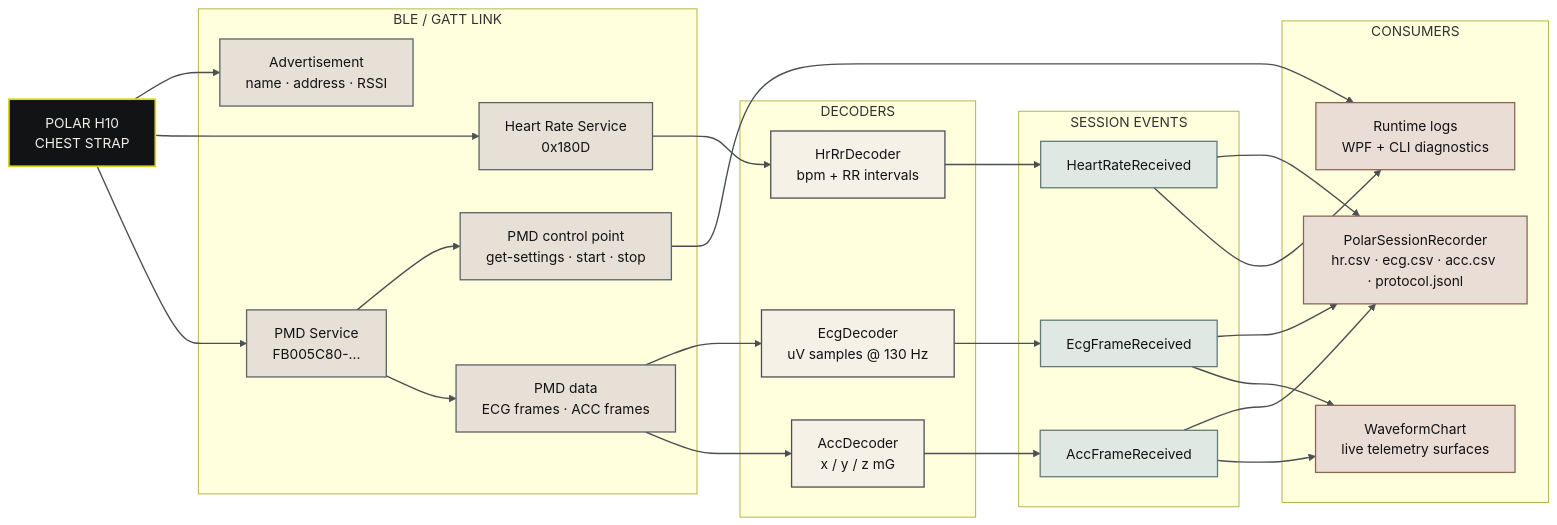
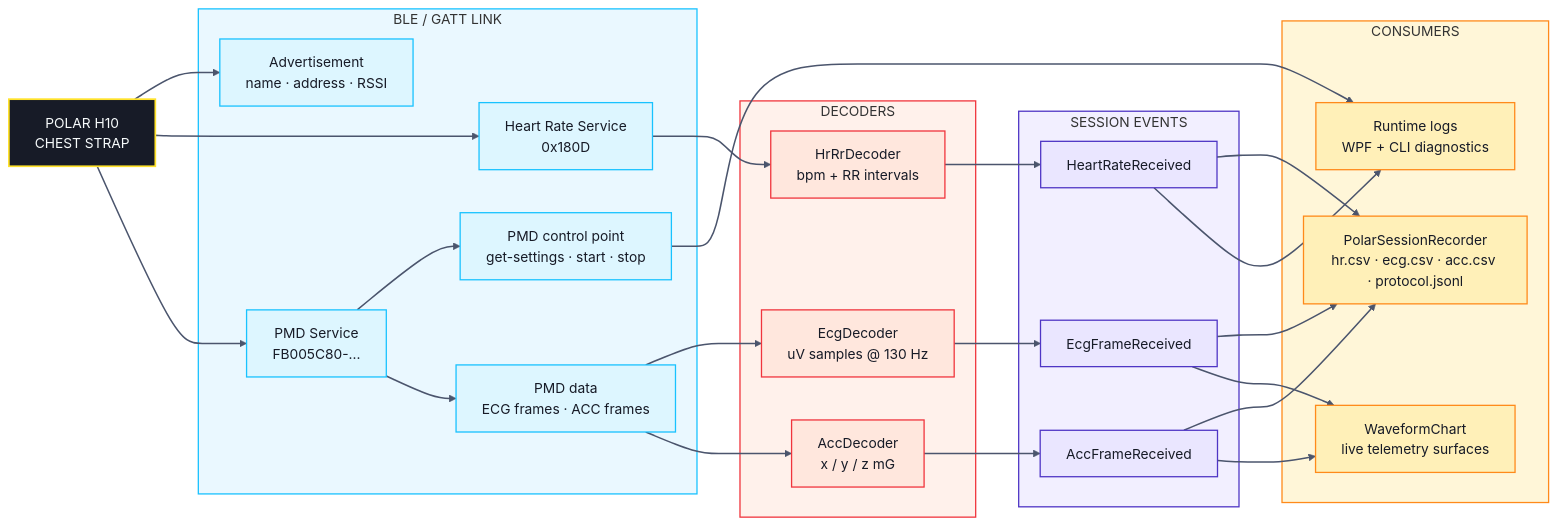
The diagram in docs/diagrams/data-flow.mmd (MesmerPrism/PolarH10), drawn with Mermaid before and after one commit. The commit also changed 15 other files, not shown here.

Commit message:
Reframe site around app and intensify diagram palette

```diff
--- a/docs/diagrams/data-flow.mmd
+++ b/docs/diagrams/data-flow.mmd
@@ -1,60 +1,65 @@
 %% Live data path from the Polar H10 into runtime consumers.
 
 flowchart LR
     H10["POLAR H10<br/>CHEST STRAP"]
 
     subgraph Link["BLE / GATT LINK"]
         ADV["Advertisement<br/>name · address · RSSI"]
         HRS["Heart Rate Service<br/>0x180D"]
         PMD["PMD Service<br/>FB005C80-..."]
         CTRL["PMD control point<br/>get-settings · start · stop"]
         DATA["PMD data<br/>ECG frames · ACC frames"]
     end
 
     subgraph Decode["DECODERS"]
         DHR["HrRrDecoder<br/>bpm + RR intervals"]
         DECG["EcgDecoder<br/>uV samples @ 130 Hz"]
         DACC["AccDecoder<br/>x / y / z mG"]
     end
 
     subgraph Session["SESSION EVENTS"]
         SHR["HeartRateReceived"]
         SECG["EcgFrameReceived"]
         SACC["AccFrameReceived"]
     end
 
     subgraph Output["CONSUMERS"]
         REC["PolarSessionRecorder<br/>hr.csv · ecg.csv · acc.csv · protocol.jsonl"]
         CHART["WaveformChart<br/>live telemetry surfaces"]
         LOG["Runtime logs<br/>WPF + CLI diagnostics"]
     end
 
     H10 --> ADV
     H10 --> HRS
     H10 --> PMD
     PMD --> CTRL
     PMD --> DATA
 
     HRS --> DHR --> SHR
     DATA --> DECG --> SECG
     DATA --> DACC --> SACC
 
     SHR --> REC
     SECG --> REC
     SACC --> REC
     SHR --> LOG
     SECG --> CHART
     SACC --> CHART
     CTRL --> LOG
 
-    classDef hardware fill:#111315,stroke:#D8D61A,color:#F1EEE6,stroke-width:2px;
-    classDef link fill:#E7E0D6,stroke:#5B6266,color:#111315,stroke-width:1.5px;
-    classDef decode fill:#F6F1E7,stroke:#4B4F52,color:#111315,stroke-width:1.5px;
-    classDef session fill:#E0E8E4,stroke:#607C78,color:#111315,stroke-width:1.5px;
-    classDef output fill:#EADDD5,stroke:#8B6656,color:#111315,stroke-width:1.5px;
+    style Link fill:#EAF8FF,stroke:#18C2FF,stroke-width:1.5px;
+    style Decode fill:#FFF1EB,stroke:#F0343C,stroke-width:1.5px;
+    style Session fill:#F2EFFF,stroke:#4E35C5,stroke-width:1.5px;
+    style Output fill:#FFF6D8,stroke:#FF8A1A,stroke-width:1.5px;
+
+    classDef hardware fill:#171B27,stroke:#FFE22B,color:#F7FBFC,stroke-width:2px;
+    classDef link fill:#DDF6FF,stroke:#18C2FF,color:#171B27,stroke-width:1.5px;
+    classDef decode fill:#FFE7DD,stroke:#F0343C,color:#171B27,stroke-width:1.5px;
+    classDef session fill:#EAE6FF,stroke:#4E35C5,color:#171B27,stroke-width:1.5px;
+    classDef output fill:#FFF0B8,stroke:#FF8A1A,color:#171B27,stroke-width:1.5px;
     class H10 hardware;
     class ADV,HRS,PMD,CTRL,DATA link;
     class DHR,DECG,DACC decode;
     class SHR,SECG,SACC session;
     class REC,CHART,LOG output;
-    linkStyle default stroke:#4B4F52,stroke-width:1.6px;
+    linkStyle default stroke:#4B556D,stroke-width:1.8px;
```
